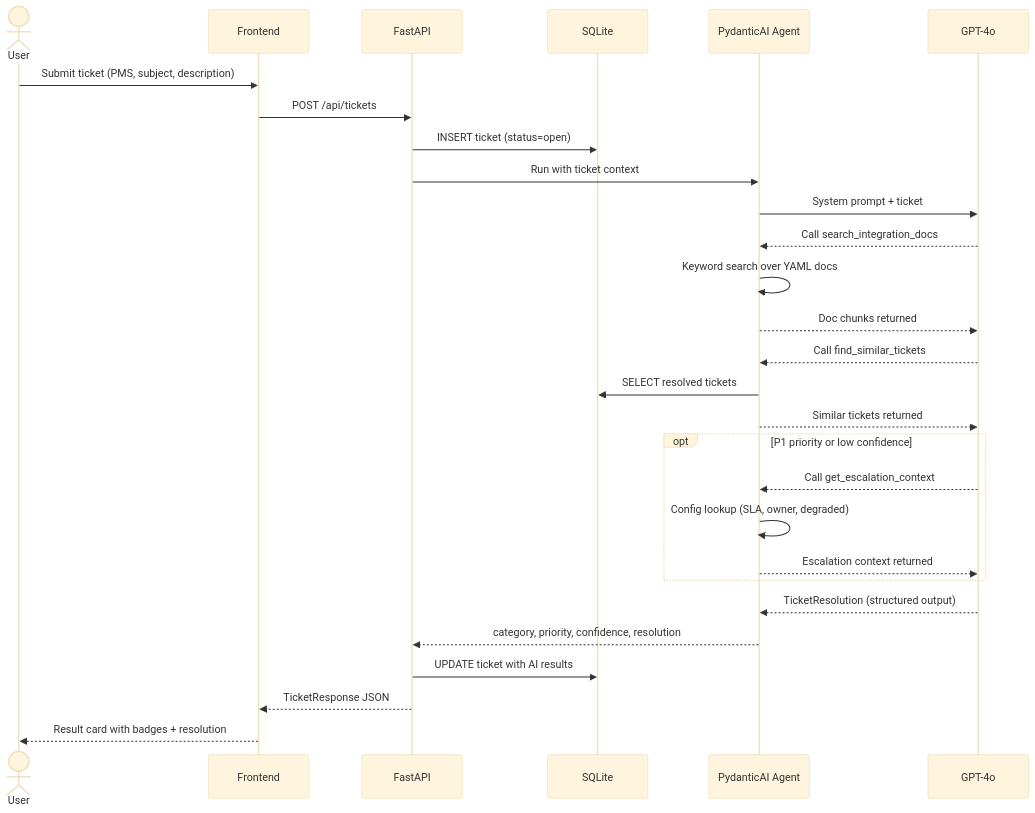
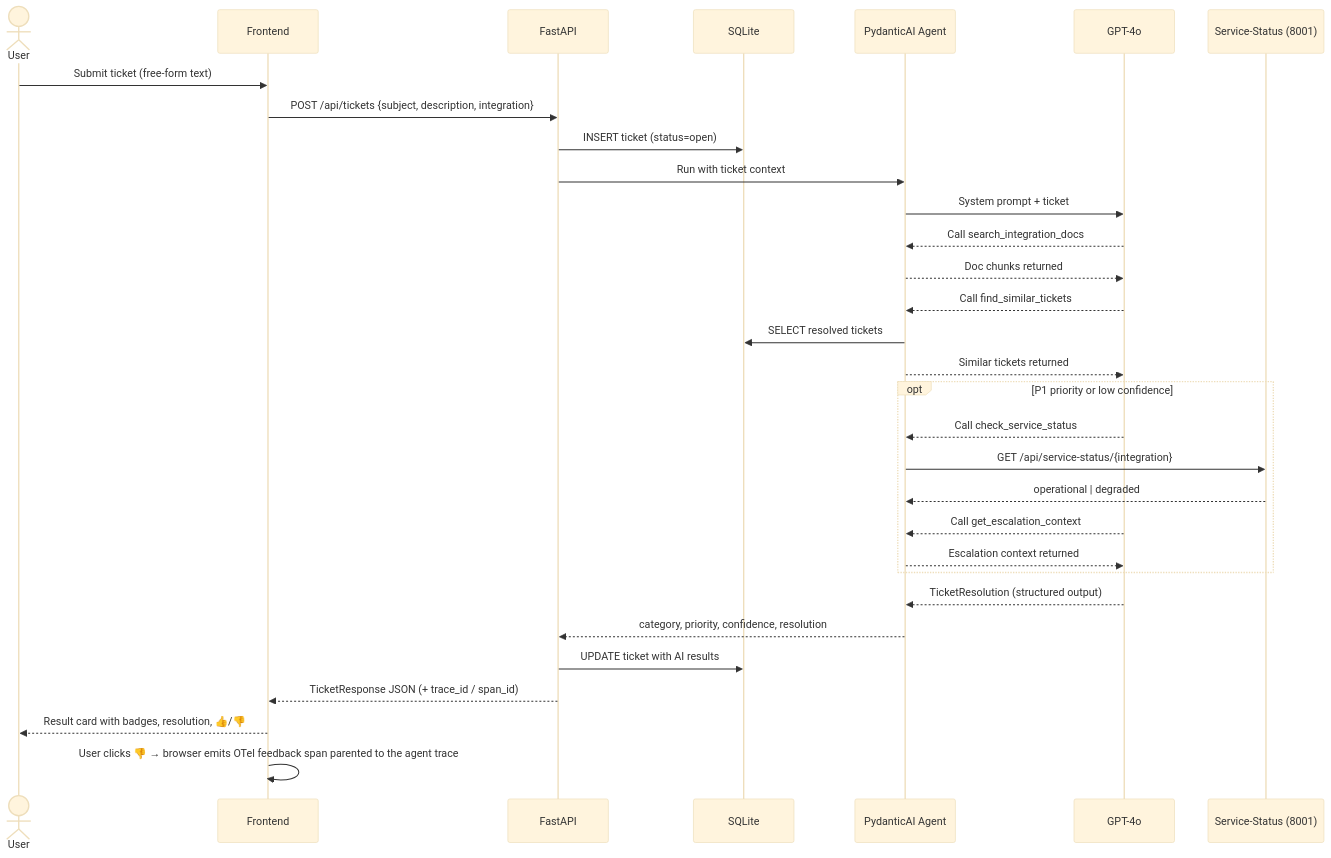
One commit to lexaux/logfire-demo-hospitality changed the diagram in README.md. Above: the diagram before and after it, drawn with Mermaid (base theme). The commit also changed other lines of this file and 27 other files, not shown here.

````diff
--- a/README.md
+++ b/README.md
@@ -20,35 +21,38 @@
 ```mermaid
 sequenceDiagram
     actor User
     participant UI as Frontend
     participant API as FastAPI
     participant DB as SQLite
     participant Agent as PydanticAI Agent
     participant LLM as GPT-4o
+    participant Status as Service-Status (8001)
 
-    User->>UI: Submit ticket (PMS, subject, description)
-    UI->>API: POST /api/tickets
+    User->>UI: Submit ticket (free-form text)
+    UI->>API: POST /api/tickets {subject, description, integration}
     API->>DB: INSERT ticket (status=open)
     API->>Agent: Run with ticket context
 
     Agent->>LLM: System prompt + ticket
     LLM-->>Agent: Call search_integration_docs
-    Agent->>Agent: Keyword search over YAML docs
     Agent-->>LLM: Doc chunks returned
 
     LLM-->>Agent: Call find_similar_tickets
     Agent->>DB: SELECT resolved tickets
     Agent-->>LLM: Similar tickets returned
 
     opt P1 priority or low confidence
+        LLM-->>Agent: Call check_service_status
+        Agent->>Status: GET /api/service-status/{integration}
+        Status-->>Agent: operational | degraded
         LLM-->>Agent: Call get_escalation_context
-        Agent->>Agent: Config lookup (SLA, owner, degraded)
         Agent-->>LLM: Escalation context returned
     end
 
     LLM-->>Agent: TicketResolution (structured output)
     Agent-->>API: category, priority, confidence, resolution
     API->>DB: UPDATE ticket with AI results
-    API-->>UI: TicketResponse JSON
-    UI-->>User: Result card with badges + resolution
+    API-->>UI: TicketResponse JSON (+ trace_id / span_id)
+    UI-->>User: Result card with badges, resolution, 👍/👎
+    UI->>UI: User clicks 👎 → browser emits OTel feedback span parented to the agent trace
 ```
````
